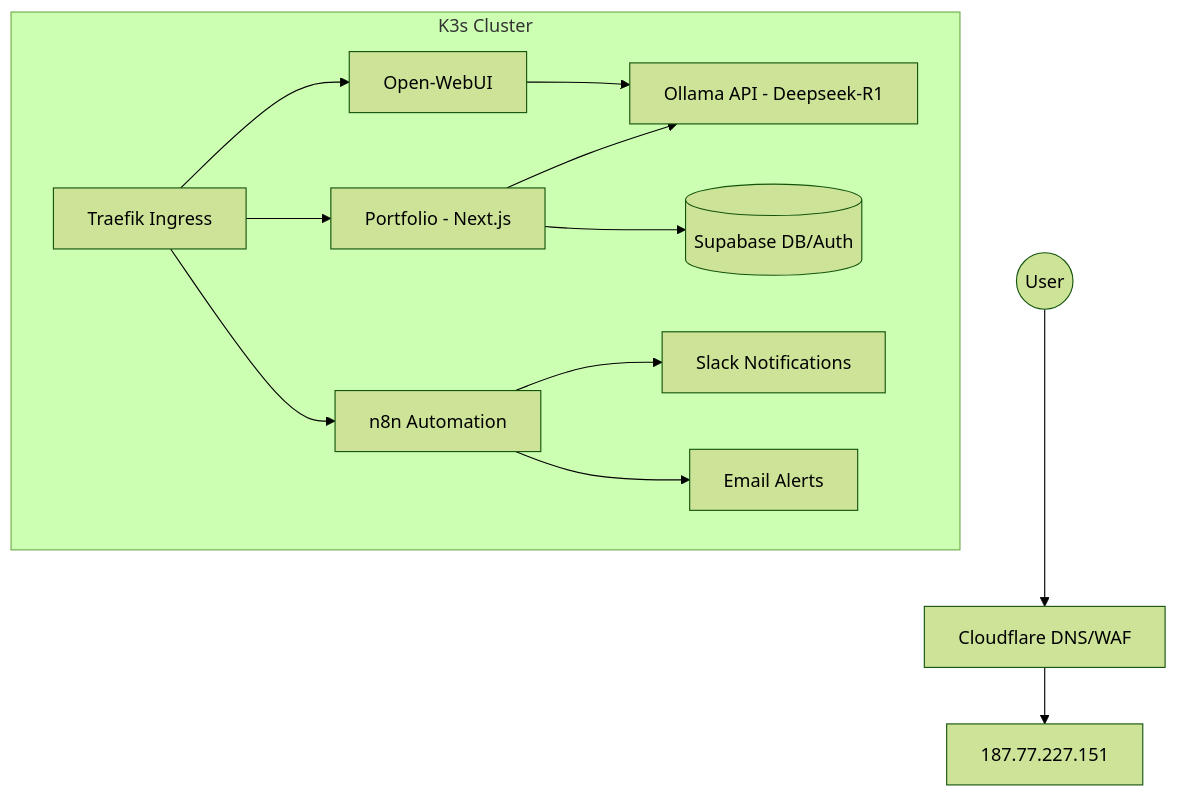
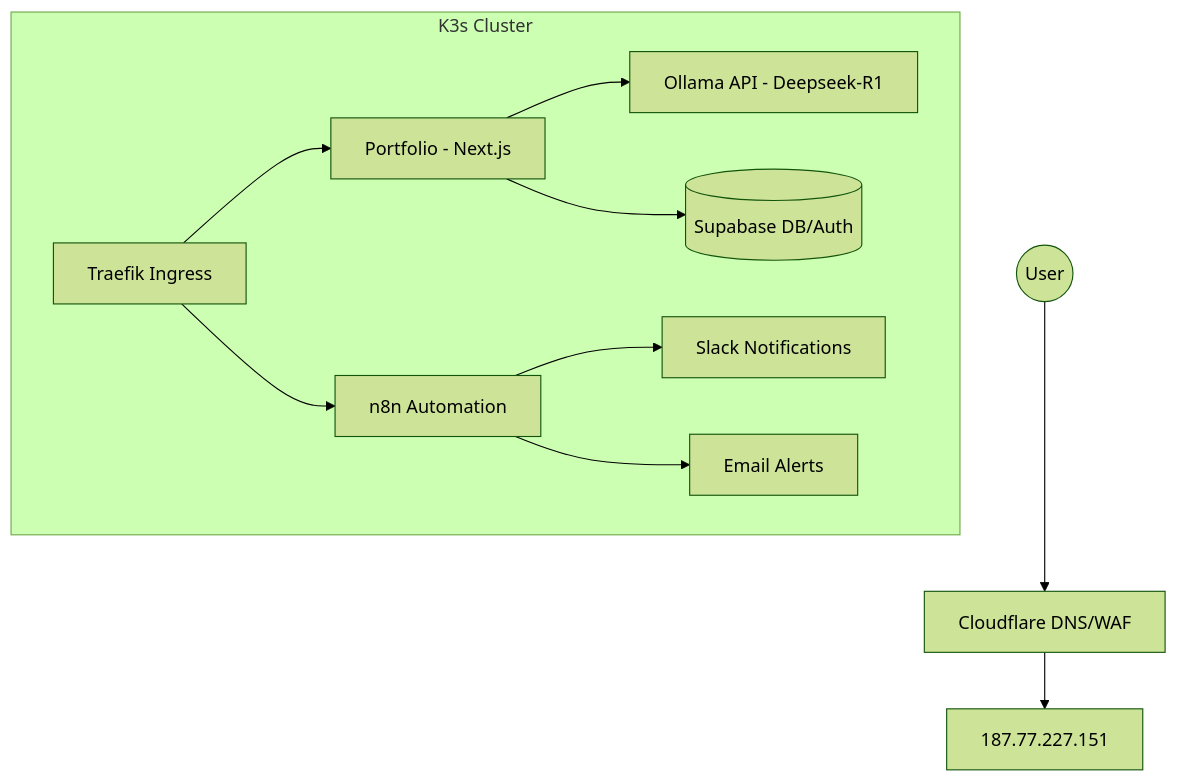
The diagram in infrastructure/portfolio-k3s.md (jader-germano/knowledge-hub), drawn with Mermaid (forest theme) before and after one commit. The commit also changed 317 other files, not shown here.

````diff
--- a/infrastructure/portfolio-k3s.md
+++ b/infrastructure/portfolio-k3s.md
@@ -9,19 +9,16 @@
 ```mermaid
 graph TD
     User((User)) --> Cloudflare[Cloudflare DNS/WAF]
     Cloudflare --> VPS[187.77.227.151]
     
     subgraph K3s Cluster
         Traefik[Traefik Ingress] --> Port[Portfolio - Next.js]
         Traefik --> n8n[n8n Automation]
-        Traefik --> UI[Open-WebUI]
         
         Port --> Ollama[Ollama API - Deepseek-R1]
         Port --> Supabase[(Supabase DB/Auth)]
         
         n8n --> Slack[Slack Notifications]
         n8n --> Email[Email Alerts]
-        
-        UI --> Ollama
     end
 ```
````
